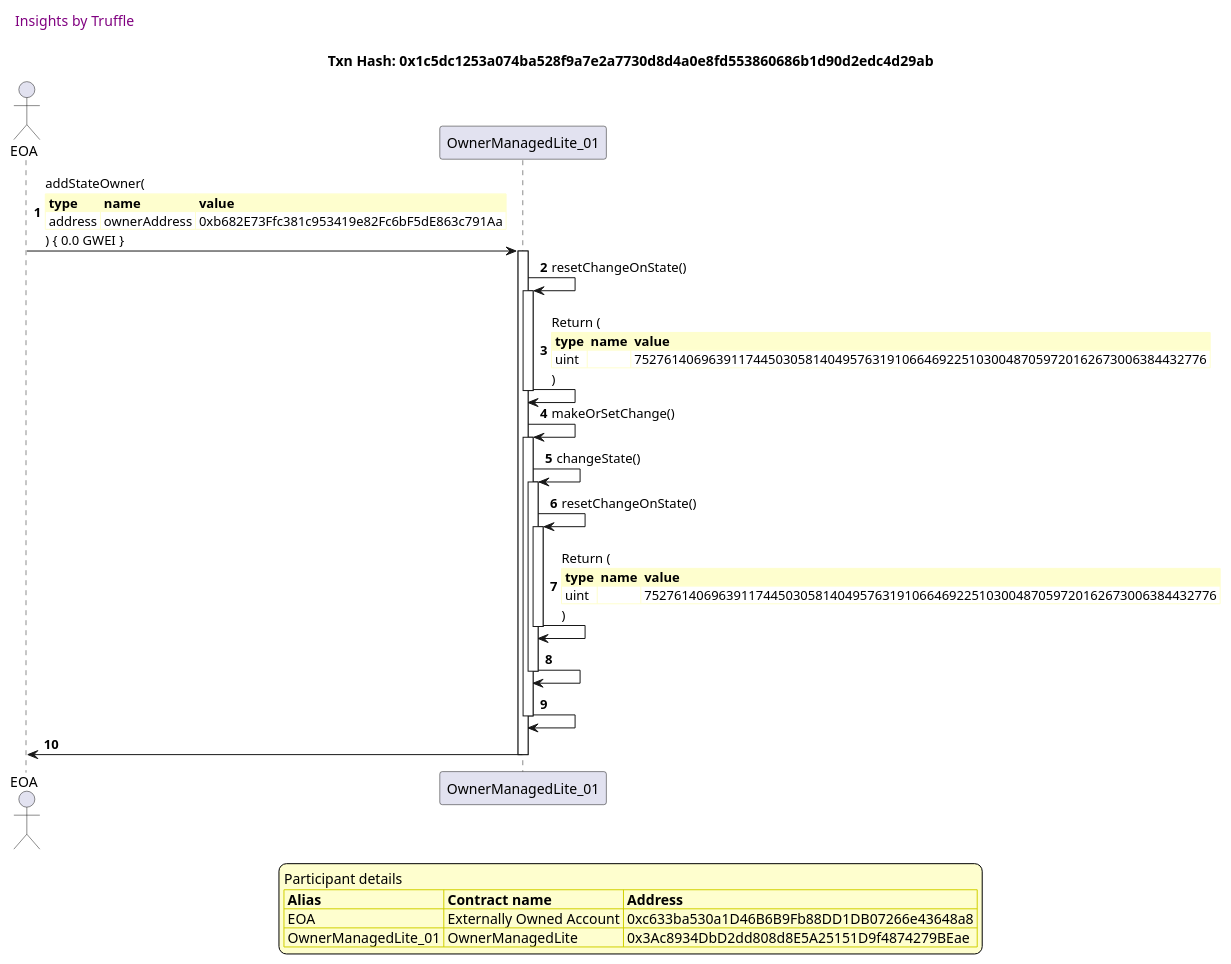
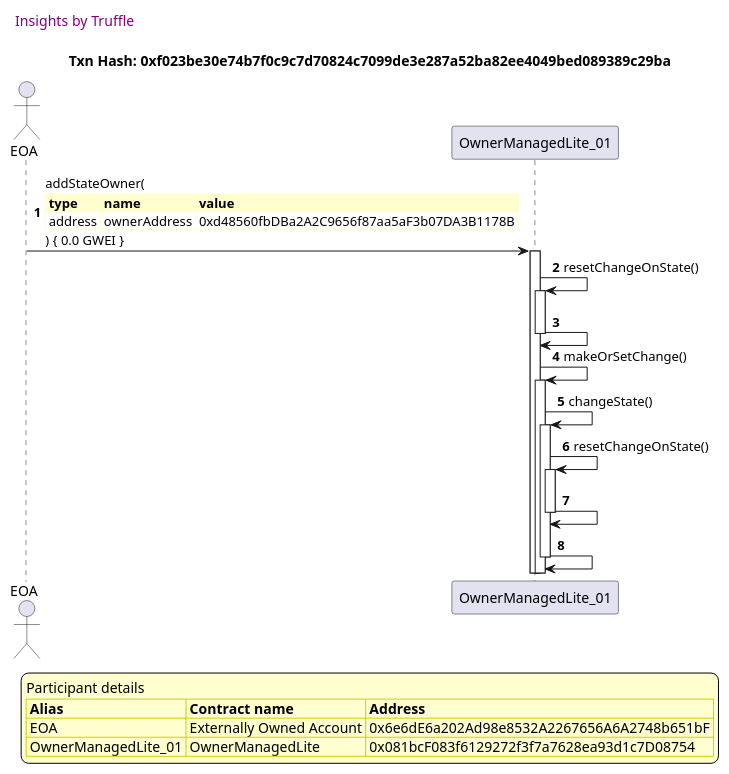
Diagram 12 of 26 in truffle-seq/OwnerManagedLite_test_add_owner.md (thedarkjester/ConsensysAssignment), drawn with PlantUML before and after one commit. The commit also changed other lines of this file and 13 other files, not shown here.

````diff
--- a/truffle-seq/OwnerManagedLite_test_add_owner.md
+++ b/truffle-seq/OwnerManagedLite_test_add_owner.md
@@ -535,54 +535,46 @@
 ```plantuml
 
 
 @startuml
 
 autonumber
 skinparam legendBackgroundColor #FEFECE
 
 <style>
       header {
         HorizontalAlignment left
         FontColor purple
         FontSize 14
         Padding 10
       }
     </style>
 
 header Insights by Truffle
 
-title Txn Hash: 0x1c5dc1253a074ba528f9a7e2a7730d8d4a0e8fd553860686b1d90d2edc4d29ab
+title Txn Hash: 0xf023be30e74b7f0c9c7d70824c7099de3e287a52ba82ee4049bed089389c29ba
 
 
 actor EOA as "EOA"
 participant OwnerManagedLite_01 as "OwnerManagedLite_01"
 
 "EOA" -> "OwnerManagedLite_01" ++: addStateOwner(\n\
 <#FEFECE,#FEFECE>|= type |= name |= value |\n\
-| address | ownerAddress | 0xb682E73Ffc381c953419e82Fc6bF5dE863c791Aa |\n\
+| address | ownerAddress | 0xd48560fbDBa2A2C9656f87aa5aF3b07DA3B1178B |\n\
 ) { 0.0 GWEI }
 "OwnerManagedLite_01" -> "OwnerManagedLite_01" ++: resetChangeOnState()
-"OwnerManagedLite_01" -> "OwnerManagedLite_01" --: Return (\n\
-<#FEFECE,#FEFECE>|= type |= name |= value |\n\
-| uint |  | 75276140696391174450305814049576319106646922510300487059720162673006384432776 |\n\
-)
+"OwnerManagedLite_01" -> "OwnerManagedLite_01" --: 
 "OwnerManagedLite_01" -> "OwnerManagedLite_01" ++: makeOrSetChange()
 "OwnerManagedLite_01" -> "OwnerManagedLite_01" ++: changeState()
 "OwnerManagedLite_01" -> "OwnerManagedLite_01" ++: resetChangeOnState()
-"OwnerManagedLite_01" -> "OwnerManagedLite_01" --: Return (\n\
-<#FEFECE,#FEFECE>|= type |= name |= value |\n\
-| uint |  | 75276140696391174450305814049576319106646922510300487059720162673006384432776 |\n\
-)
 "OwnerManagedLite_01" -> "OwnerManagedLite_01" --: 
 "OwnerManagedLite_01" -> "OwnerManagedLite_01" --: 
-"OwnerManagedLite_01" -> "EOA" --: 
 
 legend
 Participant details
 <#FEFECE,#D0D000>|= Alias |= Contract name |= Address |
-<#FEFECE>| EOA | Externally Owned Account | 0xc633ba530a1D46B6B9Fb88DD1DB07266e43648a8 |
-<#FEFECE>| OwnerManagedLite_01 | OwnerManagedLite | 0x3Ac8934DbD2dd808d8E5A25151D9f4874279BEae |
+<#FEFECE>| EOA | Externally Owned Account | 0x6e6dE6a202Ad98e8532A2267656A6A2748b651bF |
+<#FEFECE>| OwnerManagedLite_01 | OwnerManagedLite | 0x081bcF083f6129272f3f7a7628ea93d1c7D08754 |
 endlegend
 
 @enduml
 ```
````
